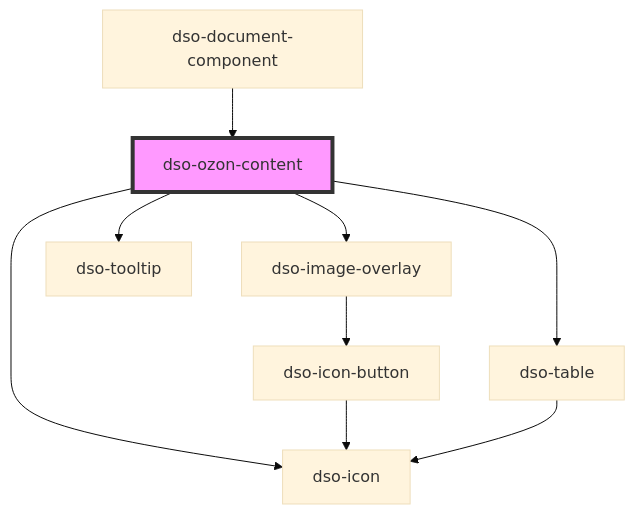
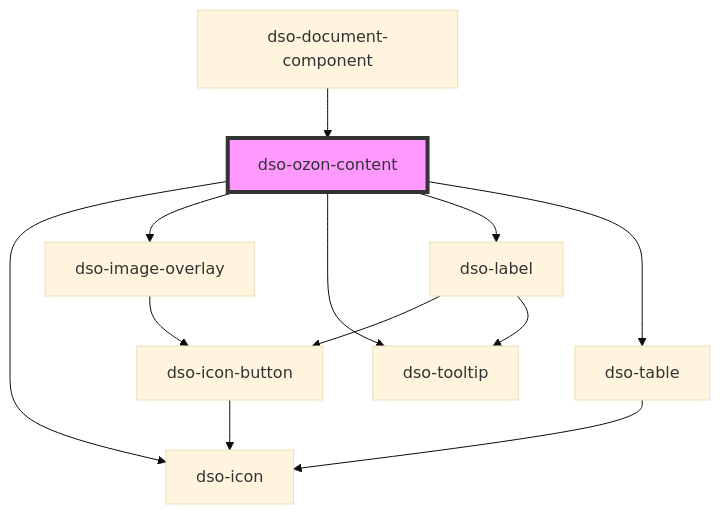
Before and after one commit to dso-toolkit/dso-toolkit: the diagram in packages/core/src/components/ozon-content/readme.md, drawn with Mermaid (base theme). The commit also changed other lines of this file and 17 other files, not shown here.

````diff
--- a/packages/core/src/components/ozon-content/readme.md
+++ b/packages/core/src/components/ozon-content/readme.md
@@ -41,12 +42,15 @@
 ```mermaid
 graph TD;
   dso-ozon-content --> dso-icon
   dso-ozon-content --> dso-image-overlay
   dso-ozon-content --> dso-tooltip
+  dso-ozon-content --> dso-label
   dso-ozon-content --> dso-table
   dso-image-overlay --> dso-icon-button
   dso-icon-button --> dso-icon
+  dso-label --> dso-icon-button
+  dso-label --> dso-tooltip
   dso-table --> dso-icon
   dso-document-component --> dso-ozon-content
   style dso-ozon-content fill:#f9f,stroke:#333,stroke-width:4px
 ```
````
